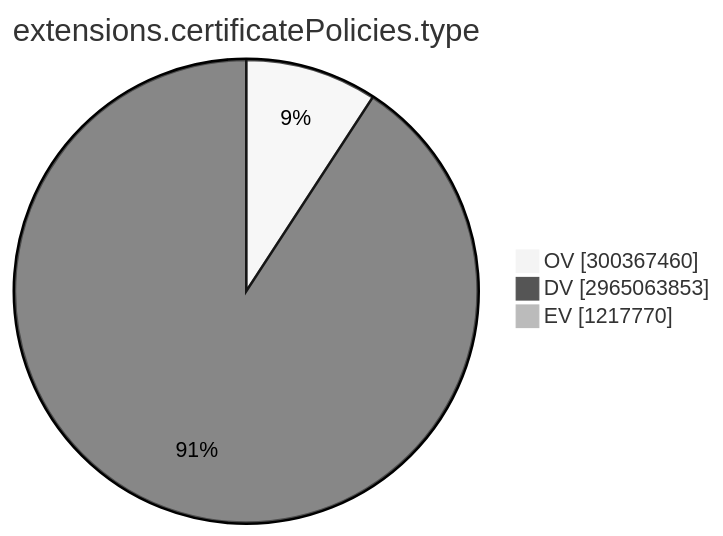
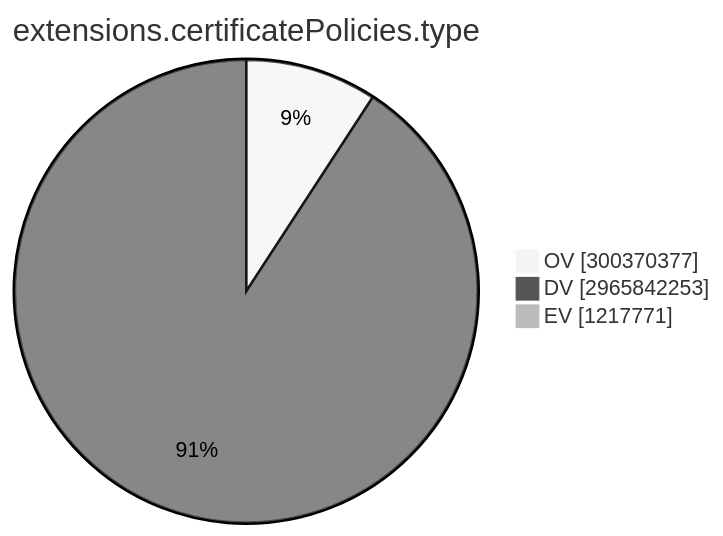
Before and after one commit to christiankrug/ctmonitor_visualization: the ninth of 15 diagrams in TOTAL/README.md, drawn with Mermaid (neutral theme). The commit also changed other lines of this file, not shown here.

````diff
--- a/TOTAL/README.md
+++ b/TOTAL/README.md
@@ -3101,7 +3101,7 @@
 ```mermaid
 pie showData
 title extensions.certificatePolicies.type
-"OV" :300367460
-"DV" :2965063853
-"EV" :1217770
+"OV" :300370377
+"DV" :2965842253
+"EV" :1217771
 ```
````
